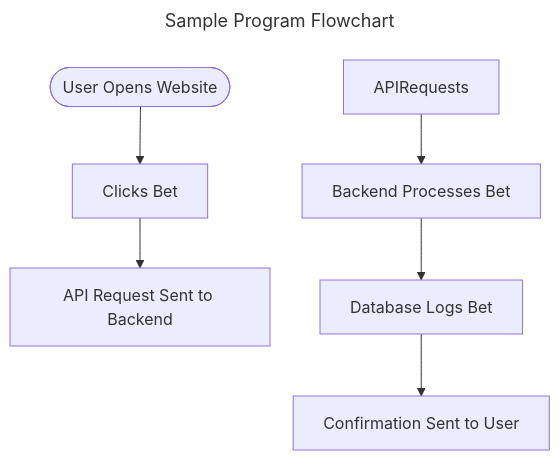
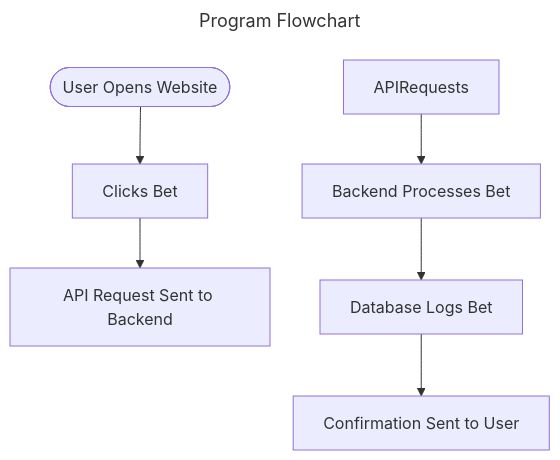
One commit to glitch418/MarchMadnessBettingPlatform changed the fourth of 6 diagrams in README.md. Above: the diagram before and after it, drawn with Mermaid.

Commit message:
Edited title of flowchart

````diff
--- a/README.md
+++ b/README.md
@@ -105,11 +105,11 @@
 ```mermaid
 ---
-title: Sample Program Flowchart
+title: Program Flowchart
 ---
 graph TD;
     Start([User Opens Website]) --> ClickBet[Clicks Bet];
     ClickBet --> APIRequest[API Request Sent to Backend];
     APIRequests --> BackendProcess[Backend Processes Bet];
     BackendProcess --> DBUpdate[Database Logs Bet];
     DBUpdate --> SuccessMessage[Confirmation Sent to User];
 ```
````
